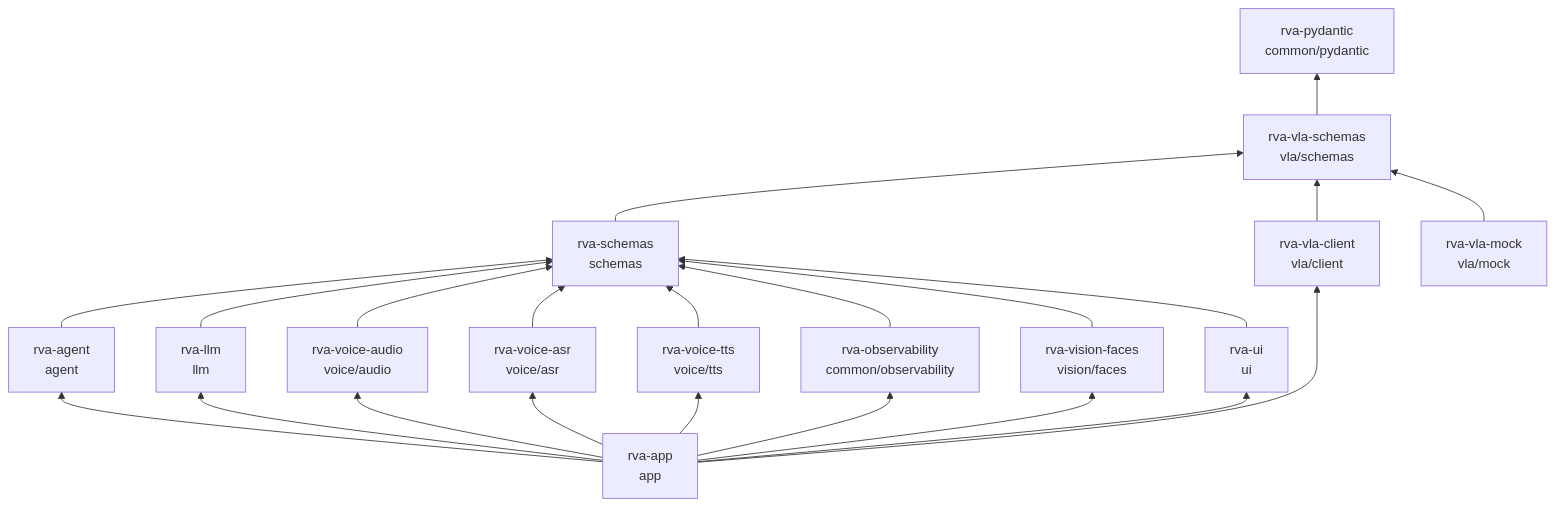
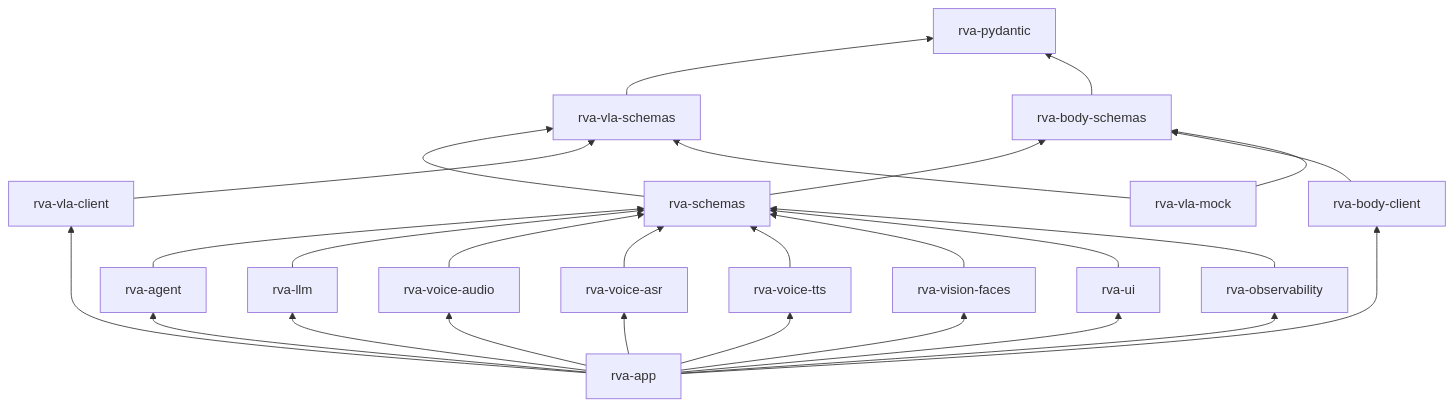
The ninth of 9 diagrams in docs/ARCHITECTURE.md (lokiledev/robot-voice-agent), drawn with Mermaid before and after one commit. The commit also changed other lines of this file and 1 other file, not shown here.

First line of the commit message:
Lead the README with what Lune does, and zoom into the architecture by level

````diff
--- a/docs/ARCHITECTURE.md
+++ b/docs/ARCHITECTURE.md
@@ -189,30 +305,26 @@
 ```mermaid
 flowchart BT
-    PYD["rva-pydantic<br/>common/pydantic"]
-    VLAS["rva-vla-schemas<br/>vla/schemas"]
-    SCH["rva-schemas<br/>schemas"]
-    VLAC["rva-vla-client<br/>vla/client"]
-    MOCK["rva-vla-mock<br/>vla/mock"]
-    AGENT["rva-agent<br/>agent"]
-    LLM["rva-llm<br/>llm"]
-    AUD["rva-voice-audio<br/>voice/audio"]
-    ASR["rva-voice-asr<br/>voice/asr"]
-    TTS["rva-voice-tts<br/>voice/tts"]
-    OBS["rva-observability<br/>common/observability"]
-    VIS["rva-vision-faces<br/>vision/faces"]
-    UI["rva-ui<br/>ui"]
-    APP["rva-app<br/>app"]
-    VLAS --> PYD
-    SCH --> VLAS
+    PYD["rva-pydantic"]
+    VLAS["rva-vla-schemas"]
+    BODYS["rva-body-schemas"]
+    SCH["rva-schemas"]
+    VLAC["rva-vla-client"]
+    BODYC["rva-body-client"]
+    MOCK["rva-vla-mock"]
+    AGENT["rva-agent"]
+    LLM["rva-llm"]
+    AUD["rva-voice-audio"]
+    ASR["rva-voice-asr"]
+    TTS["rva-voice-tts"]
+    VIS["rva-vision-faces"]
+    UI["rva-ui"]
+    OBS["rva-observability"]
+    APP["rva-app"]
+    VLAS & BODYS --> PYD
+    SCH --> VLAS & BODYS
     VLAC --> VLAS
-    MOCK --> VLAS
-    AGENT --> SCH
-    LLM --> SCH
-    AUD --> SCH
-    ASR --> SCH
-    TTS --> SCH
-    OBS --> SCH
-    VIS --> SCH
-    UI --> SCH
-    APP --> AGENT & LLM & AUD & ASR & TTS & OBS & VLAC & VIS & UI
+    BODYC --> BODYS
+    MOCK --> VLAS & BODYS
+    AGENT & LLM & AUD & ASR & TTS & VIS & UI & OBS --> SCH
+    APP --> AGENT & LLM & AUD & ASR & TTS & VIS & UI & OBS & VLAC & BODYC
 ```
````
